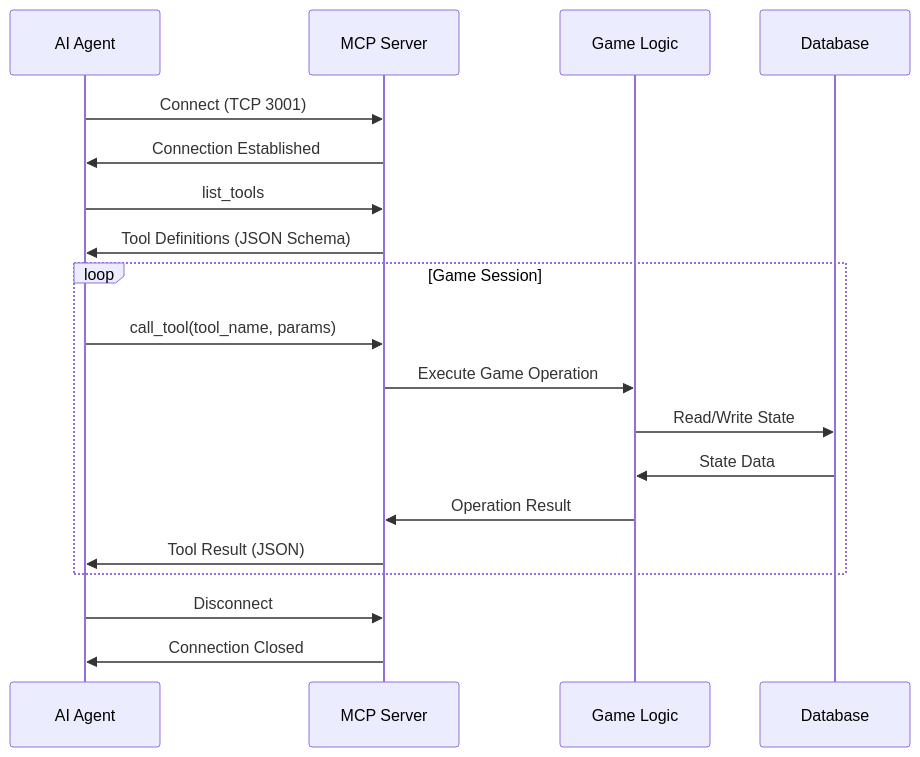
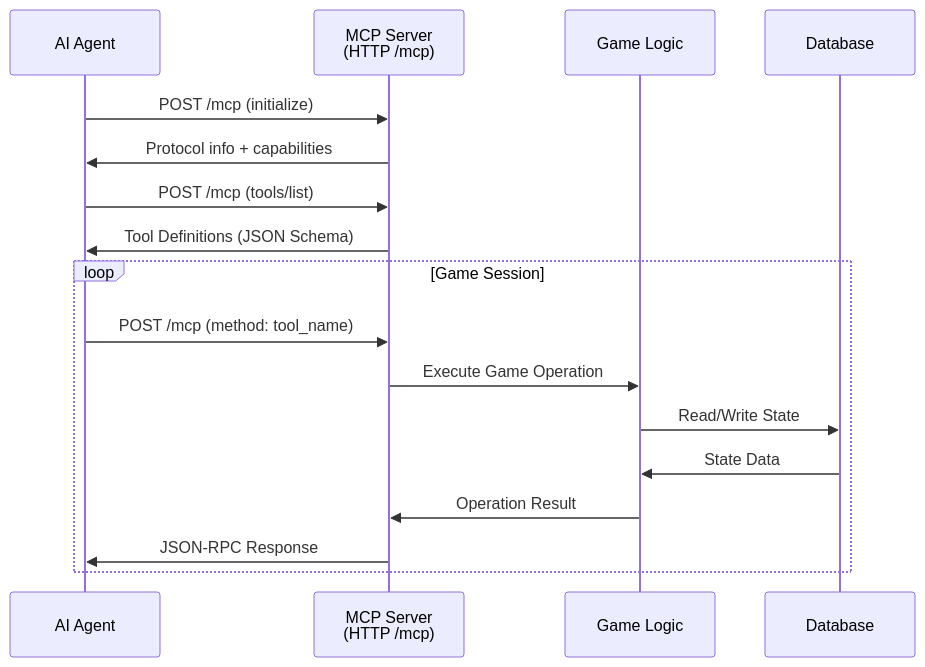
One commit to softwarewrighter/game-mcp-poc changed the second of 4 diagrams in wiki/MCP-Integration.md. Above: the diagram before and after it, drawn with Mermaid. The commit also changed other lines of this file and 33 other files, not shown here.

````diff
--- a/wiki/MCP-Integration.md
+++ b/wiki/MCP-Integration.md
@@ -28,25 +32,22 @@
 ```mermaid
 sequenceDiagram
     participant Agent as AI Agent
-    participant MCP as MCP Server
+    participant MCP as MCP Server<br/>(HTTP /mcp)
     participant Logic as Game Logic
     participant DB as Database
 
-    Agent->>MCP: Connect (TCP 3001)
-    MCP->>Agent: Connection Established
+    Agent->>MCP: POST /mcp (initialize)
+    MCP->>Agent: Protocol info + capabilities
 
-    Agent->>MCP: list_tools
+    Agent->>MCP: POST /mcp (tools/list)
     MCP->>Agent: Tool Definitions (JSON Schema)
 
     loop Game Session
-        Agent->>MCP: call_tool(tool_name, params)
+        Agent->>MCP: POST /mcp (method: tool_name)
         MCP->>Logic: Execute Game Operation
         Logic->>DB: Read/Write State
         DB->>Logic: State Data
         Logic->>MCP: Operation Result
-        MCP->>Agent: Tool Result (JSON)
+        MCP->>Agent: JSON-RPC Response
     end
-
-    Agent->>MCP: Disconnect
-    MCP->>Agent: Connection Closed
 ```
````
